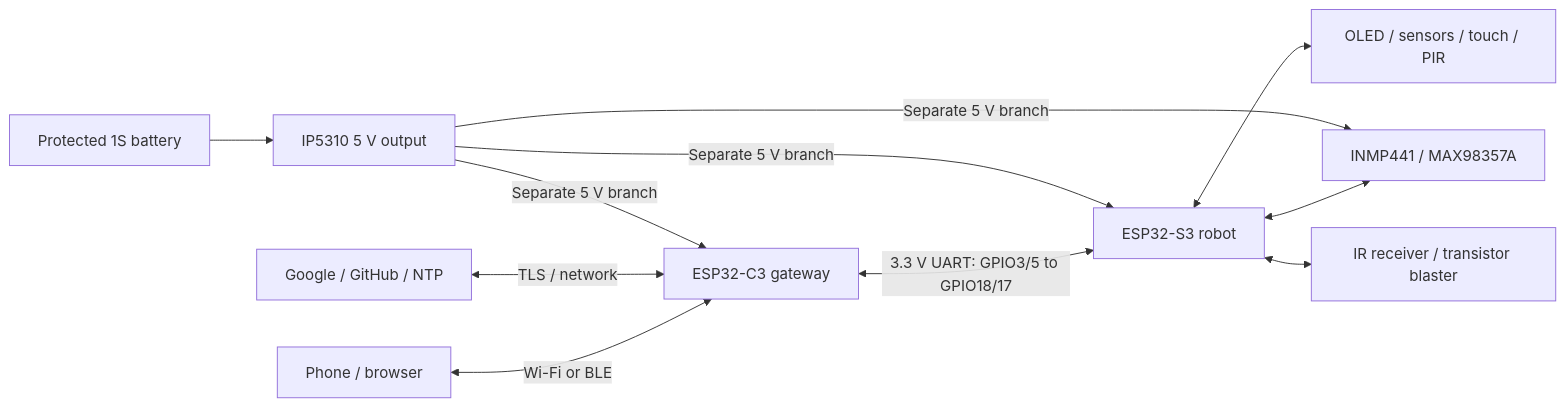
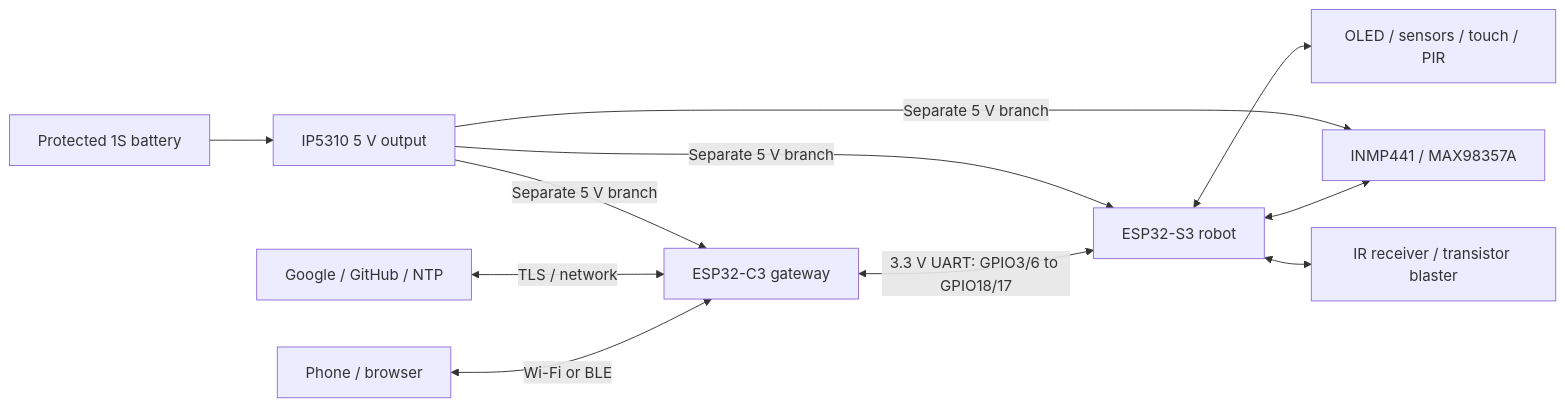
One commit to akh-211/robodesk changed the diagram in docs/hardware/dual-board-wiring.md. Above: the diagram before and after it, drawn with Mermaid. The commit also changed other lines of this file and 58 other files, not shown here.

````diff
--- a/docs/hardware/dual-board-wiring.md
+++ b/docs/hardware/dual-board-wiring.md
@@ -13,13 +13,13 @@
 ```mermaid
 flowchart LR
   phone[Phone / browser] <-->|Wi-Fi or BLE| c3[ESP32-C3 gateway]
   cloud[Google / GitHub / NTP] <-->|TLS / network| c3
-  c3 <-->|3.3 V UART: GPIO3/5 to GPIO18/17| s3[ESP32-S3 robot]
+  c3 <-->|3.3 V UART: GPIO3/6 to GPIO18/17| s3[ESP32-S3 robot]
   s3 <--> audio[INMP441 / MAX98357A]
   s3 <--> sensors[OLED / sensors / touch / PIR]
   s3 <--> ir[IR receiver / transistor blaster]
   battery[Protected 1S battery] --> power[IP5310 5 V output]
   power -->|Separate 5 V branch| c3
   power -->|Separate 5 V branch| s3
   power -->|Separate 5 V branch| audio
 ```
````
